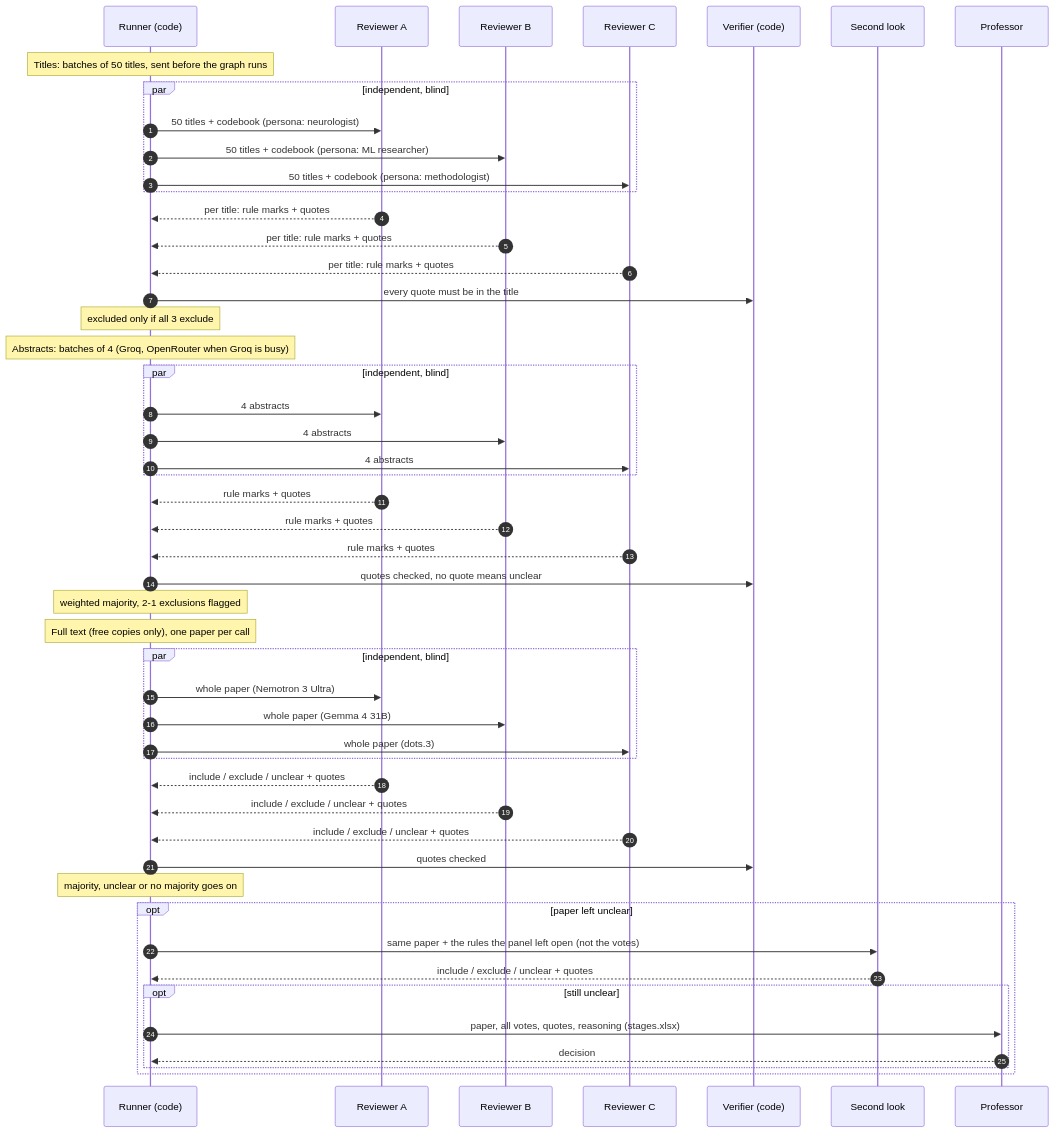
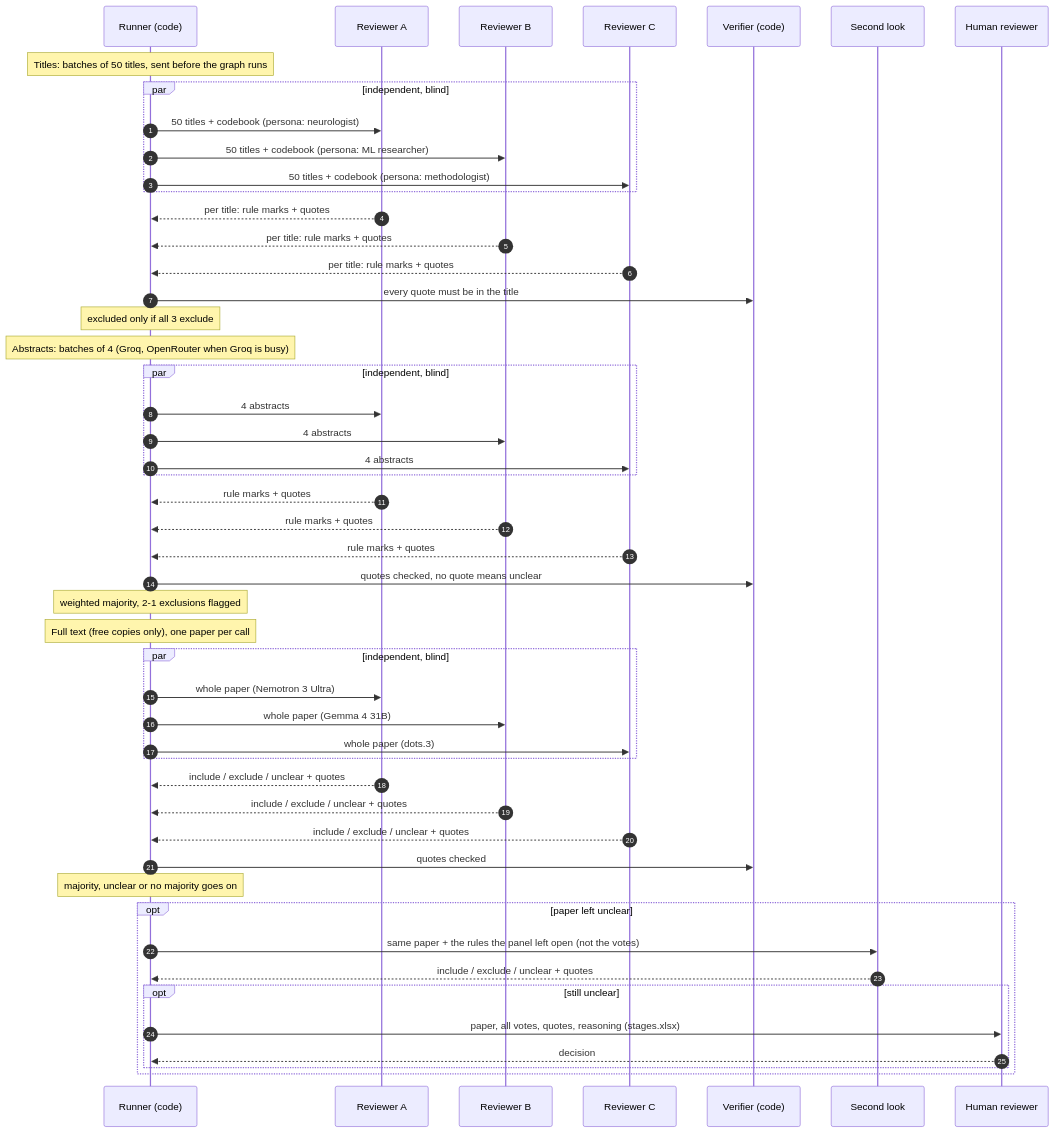
One commit to iUtsa/adrd-multiagent-review changed the diagram in docs/diagrams/src/agent-interaction-sequence.mmd. Above: the diagram before and after it, drawn with Mermaid. The commit also changed 24 other files, not shown here.

Commit message:
Diagrams, charts and docs: 'human reviewer' / 'for human review' labels

```diff
--- a/docs/diagrams/src/agent-interaction-sequence.mmd
+++ b/docs/diagrams/src/agent-interaction-sequence.mmd
@@ -1,54 +1,54 @@
 sequenceDiagram
     autonumber
     participant R as Runner (code)
     participant A as Reviewer A
     participant B as Reviewer B
     participant C as Reviewer C
     participant V as Verifier (code)
     participant S as Second look
-    participant P as Professor
+    participant P as Human reviewer
 
     Note over R: Titles: batches of 50 titles, sent before the graph runs
     par independent, blind
         R->>A: 50 titles + codebook (persona: neurologist)
         R->>B: 50 titles + codebook (persona: ML researcher)
         R->>C: 50 titles + codebook (persona: methodologist)
     end
     A-->>R: per title: rule marks + quotes
     B-->>R: per title: rule marks + quotes
     C-->>R: per title: rule marks + quotes
     R->>V: every quote must be in the title
     Note over R: excluded only if all 3 exclude
 
     Note over R: Abstracts: batches of 4 (Groq, OpenRouter when Groq is busy)
     par independent, blind
         R->>A: 4 abstracts
         R->>B: 4 abstracts
         R->>C: 4 abstracts
     end
     A-->>R: rule marks + quotes
     B-->>R: rule marks + quotes
     C-->>R: rule marks + quotes
     R->>V: quotes checked, no quote means unclear
     Note over R: weighted majority, 2-1 exclusions flagged
 
     Note over R: Full text (free copies only), one paper per call
     par independent, blind
         R->>A: whole paper (Nemotron 3 Ultra)
         R->>B: whole paper (Gemma 4 31B)
         R->>C: whole paper (dots.3)
     end
     A-->>R: include / exclude / unclear + quotes
     B-->>R: include / exclude / unclear + quotes
     C-->>R: include / exclude / unclear + quotes
     R->>V: quotes checked
     Note over R: majority, unclear or no majority goes on
 
     opt paper left unclear
         R->>S: same paper + the rules the panel left open (not the votes)
         S-->>R: include / exclude / unclear + quotes
         opt still unclear
             R->>P: paper, all votes, quotes, reasoning (stages.xlsx)
             P-->>R: decision
         end
     end
```
